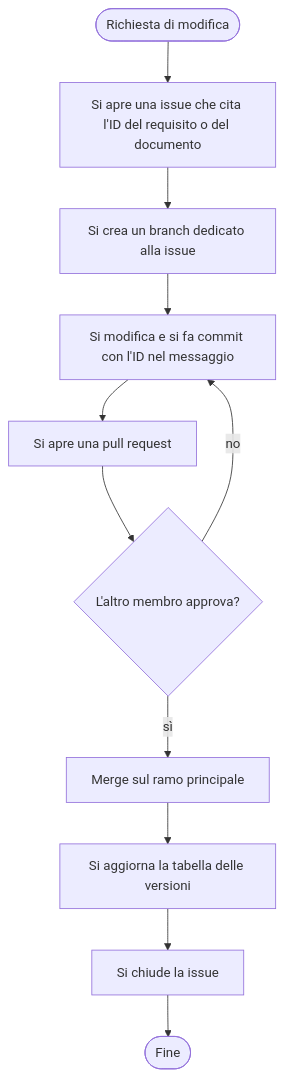
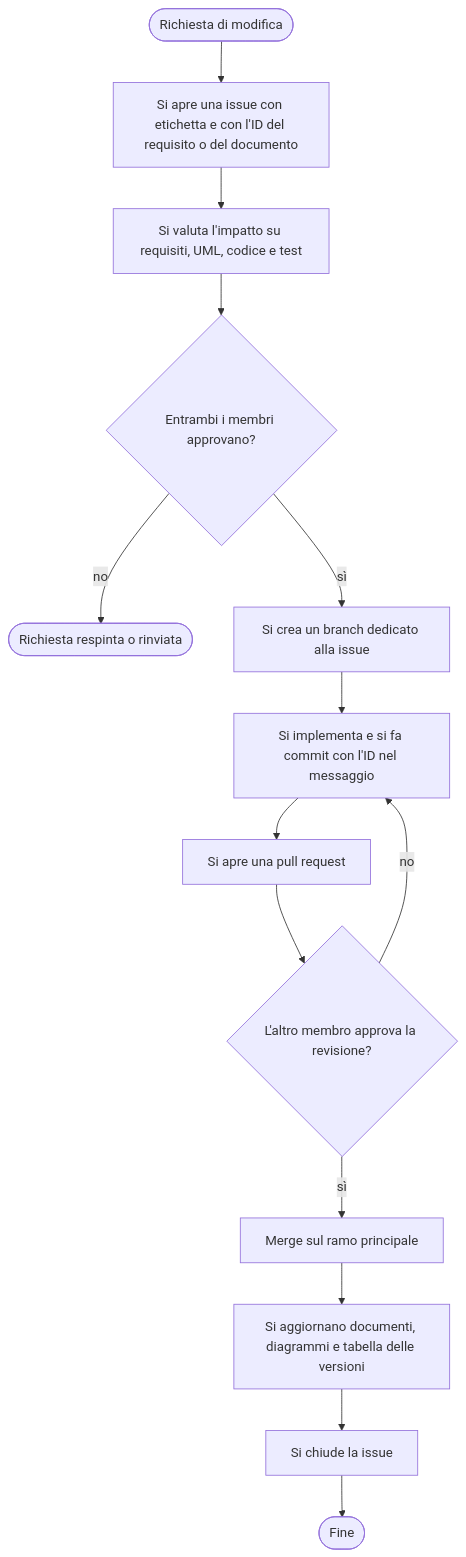
One commit to ThatIsPoli/MPlan changed the diagram in docs/deliverables/gestione-del-progetto.md. Above: the diagram before and after it, drawn with Mermaid. The commit also changed other lines of this file, not shown here.

Commit message:
docs: agg della gestione del rpogetto in relazione al pp aggiornato

````diff
--- a/docs/deliverables/gestione-del-progetto.md
+++ b/docs/deliverables/gestione-del-progetto.md
@@ -73,13 +76,16 @@
 ```mermaid
 flowchart TD
-    A([Richiesta di modifica]) --> B[Si apre una issue che cita l'ID del requisito o del documento]
-    B --> C[Si crea un branch dedicato alla issue]
-    C --> D[Si modifica e si fa commit con l'ID nel messaggio]
-    D --> E[Si apre una pull request]
-    E --> F{L'altro membro approva?}
-    F -- no --> D
-    F -- sì --> G[Merge sul ramo principale]
-    G --> H[Si aggiorna la tabella delle versioni]
-    H --> I[Si chiude la issue]
-    I --> J([Fine])
+    A([Richiesta di modifica]) --> B[Si apre una issue con etichetta e con l'ID del requisito o del documento]
+    B --> C[Si valuta l'impatto su requisiti, UML, codice e test]
+    C --> D{Entrambi i membri approvano?}
+    D -- no --> Z([Richiesta respinta o rinviata])
+    D -- sì --> E[Si crea un branch dedicato alla issue]
+    E --> F[Si implementa e si fa commit con l'ID nel messaggio]
+    F --> G[Si apre una pull request]
+    G --> H{L'altro membro approva la revisione?}
+    H -- no --> F
+    H -- sì --> I[Merge sul ramo principale]
+    I --> J[Si aggiornano documenti, diagrammi e tabella delle versioni]
+    J --> K[Si chiude la issue]
+    K --> L([Fine])
 ```
````
